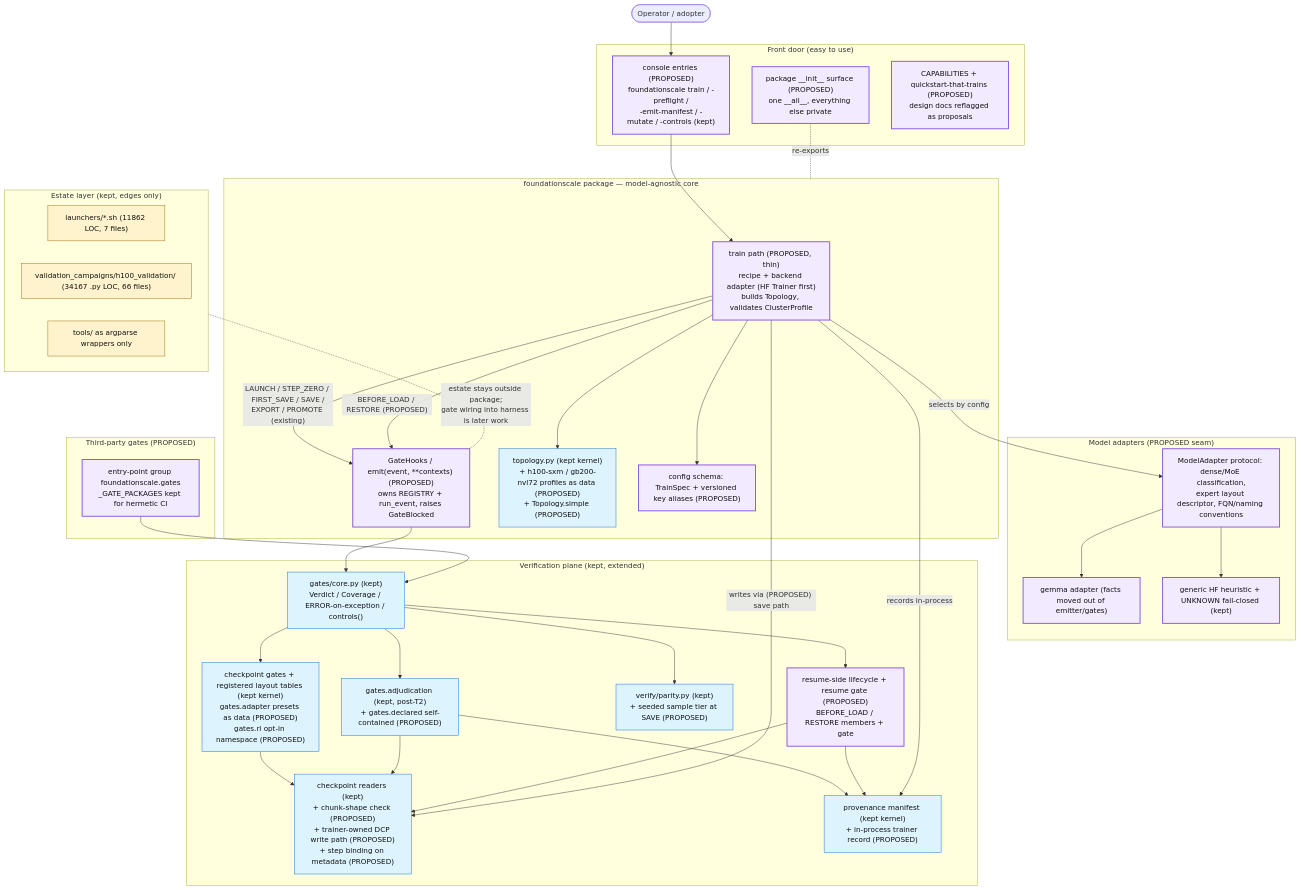
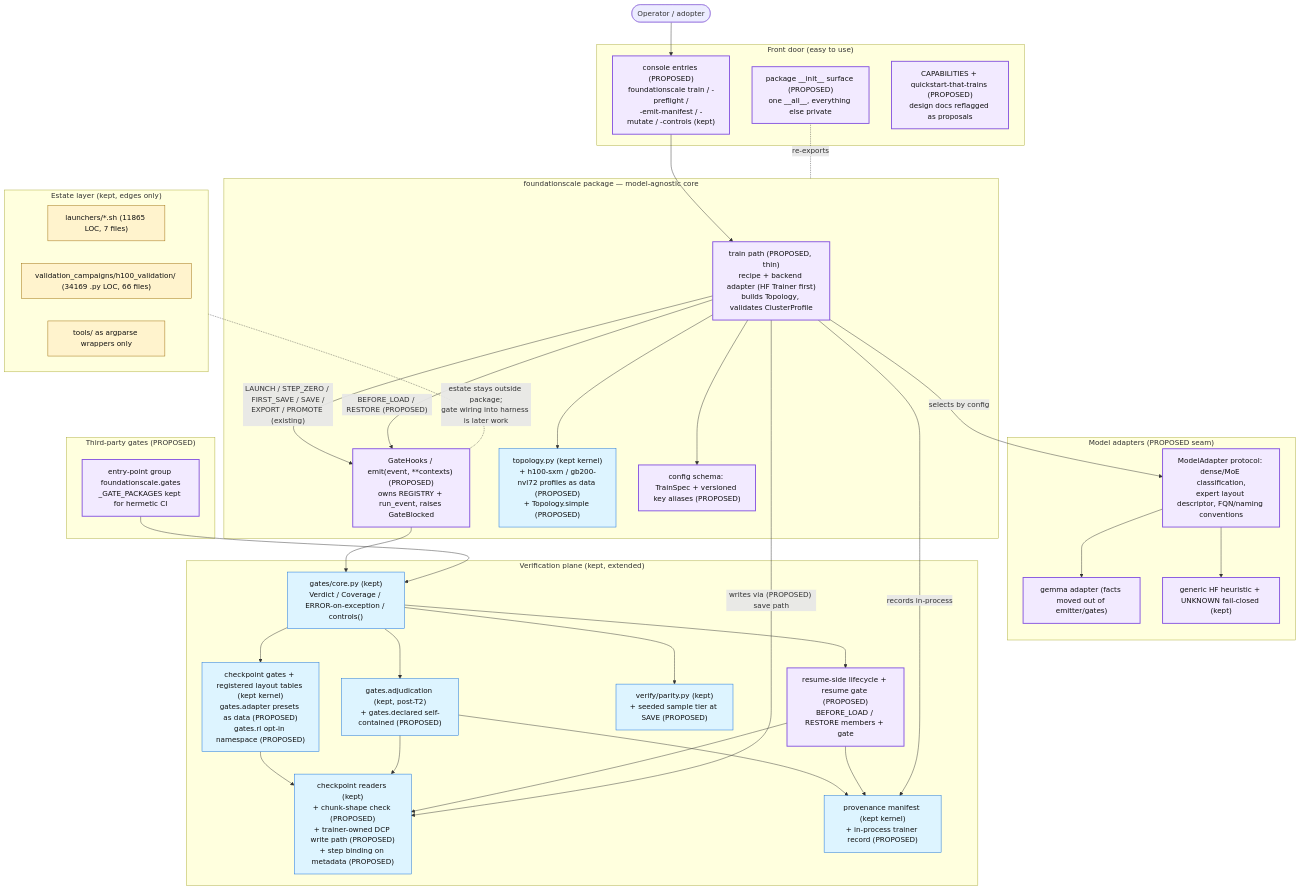
One commit to TranNhiem/FoundationScale changed the diagram in docs/review/D5_proposed_architecture.md. Above: the diagram before and after it, drawn with Mermaid. The commit also changed other lines of this file and 10 other files, not shown here.

````diff
--- a/docs/review/D5_proposed_architecture.md
+++ b/docs/review/D5_proposed_architecture.md
@@ -13,74 +13,74 @@
 ```mermaid
 flowchart TB
   U(["Operator / adopter"])
 
   subgraph FRONT["Front door (easy to use)"]
     CLI["console entries (PROPOSED)<br/>foundationscale train / -preflight /<br/>-emit-manifest / -mutate / -controls (kept)"]
     SURF["package __init__ surface (PROPOSED)<br/>one __all__, everything else private"]
     DOCS["CAPABILITIES + quickstart-that-trains (PROPOSED)<br/>design docs reflagged as proposals"]
   end
 
   subgraph CORE["foundationscale package — model-agnostic core"]
     TRAIN["train path (PROPOSED, thin)<br/>recipe + backend adapter (HF Trainer first)<br/>builds Topology, validates ClusterProfile"]
     HOOKS["GateHooks / emit(event, **contexts) (PROPOSED)<br/>owns REGISTRY + run_event, raises GateBlocked"]
     TOPO["topology.py (kept kernel)<br/>+ h100-sxm / gb200-nvl72 profiles as data (PROPOSED)<br/>+ Topology.simple (PROPOSED)"]
     CONFIG["config schema: TrainSpec + versioned key aliases (PROPOSED)"]
   end
 
   subgraph ADAPT["Model adapters (PROPOSED seam)"]
     MA["ModelAdapter protocol: dense/MoE classification,<br/>expert layout descriptor, FQN/naming conventions"]
     GEM["gemma adapter (facts moved out of emitter/gates)"]
     HF["generic HF heuristic + UNKNOWN fail-closed (kept)"]
   end
 
   subgraph VERIFY["Verification plane (kept, extended)"]
     GCORE["gates/core.py (kept)<br/>Verdict / Coverage / ERROR-on-exception / controls()"]
     GCK["checkpoint gates + registered layout tables (kept kernel)<br/>gates.adapter presets as data (PROPOSED)<br/>gates.rl opt-in namespace (PROPOSED)"]
     ADJ["gates.adjudication (kept, post-T2)<br/>+ gates.declared self-contained (PROPOSED)"]
     PAR["verify/parity.py (kept)<br/>+ seeded sample tier at SAVE (PROPOSED)"]
     CKIO["checkpoint readers (kept)<br/>+ chunk-shape check (PROPOSED)<br/>+ trainer-owned DCP write path (PROPOSED)<br/>+ step binding on metadata (PROPOSED)"]
     PROV["provenance manifest (kept kernel)<br/>+ in-process trainer record (PROPOSED)"]
     RES["resume-side lifecycle + resume gate (PROPOSED)<br/>BEFORE_LOAD / RESTORE members + gate"]
   end
 
   subgraph PLUG["Third-party gates (PROPOSED)"]
     EP["entry-point group foundationscale.gates<br/>_GATE_PACKAGES kept for hermetic CI"]
   end
 
   subgraph ESTATE["Estate layer (kept, edges only)"]
-    LAU["launchers/*.sh (11862 LOC, 7 files)"]
-    H100["validation_campaigns/h100_validation/ (34167 .py LOC, 66 files)"]
+    LAU["launchers/*.sh (11865 LOC, 7 files)"]
+    H100["validation_campaigns/h100_validation/ (34169 .py LOC, 66 files)"]
     WRAP["tools/ as argparse wrappers only"]
   end
 
   U --> CLI --> TRAIN
   SURF -. re-exports .- CORE
   TRAIN --> TOPO
   TRAIN --> CONFIG
   TRAIN -- "selects by config" --> MA
   MA --> GEM
   MA --> HF
   TRAIN -- "LAUNCH / STEP_ZERO / FIRST_SAVE / SAVE /<br/>EXPORT / PROMOTE (existing)" --> HOOKS
   TRAIN -- "BEFORE_LOAD / RESTORE (PROPOSED)" --> HOOKS
   HOOKS --> GCORE
   EP --> GCORE
   GCORE --> GCK
   GCORE --> ADJ
   GCORE --> PAR
   GCORE --> RES
   GCK --> CKIO
   ADJ --> CKIO
   ADJ --> PROV
   RES --> CKIO
   RES --> PROV
   TRAIN -- "writes via (PROPOSED) save path" --> CKIO
   TRAIN -- "records in-process" --> PROV
   ESTATE -. "estate stays outside package;<br/>gate wiring into harness is later work" .- HOOKS
 
   classDef new fill:#f2eaff,stroke:#8250df,stroke-width:2px,color:#111;
   classDef kept fill:#ddf4ff,stroke:#0969da,color:#111;
   classDef estate fill:#fff3cd,stroke:#9a6700,color:#111;
   class TRAIN,HOOKS,CLI,SURF,DOCS,MA,GEM,HF,RES,EP,CONFIG new;
   class GCORE,GCK,ADJ,PAR,CKIO,PROV,TOPO kept;
   class LAU,H100,WRAP estate;
 ```
````
